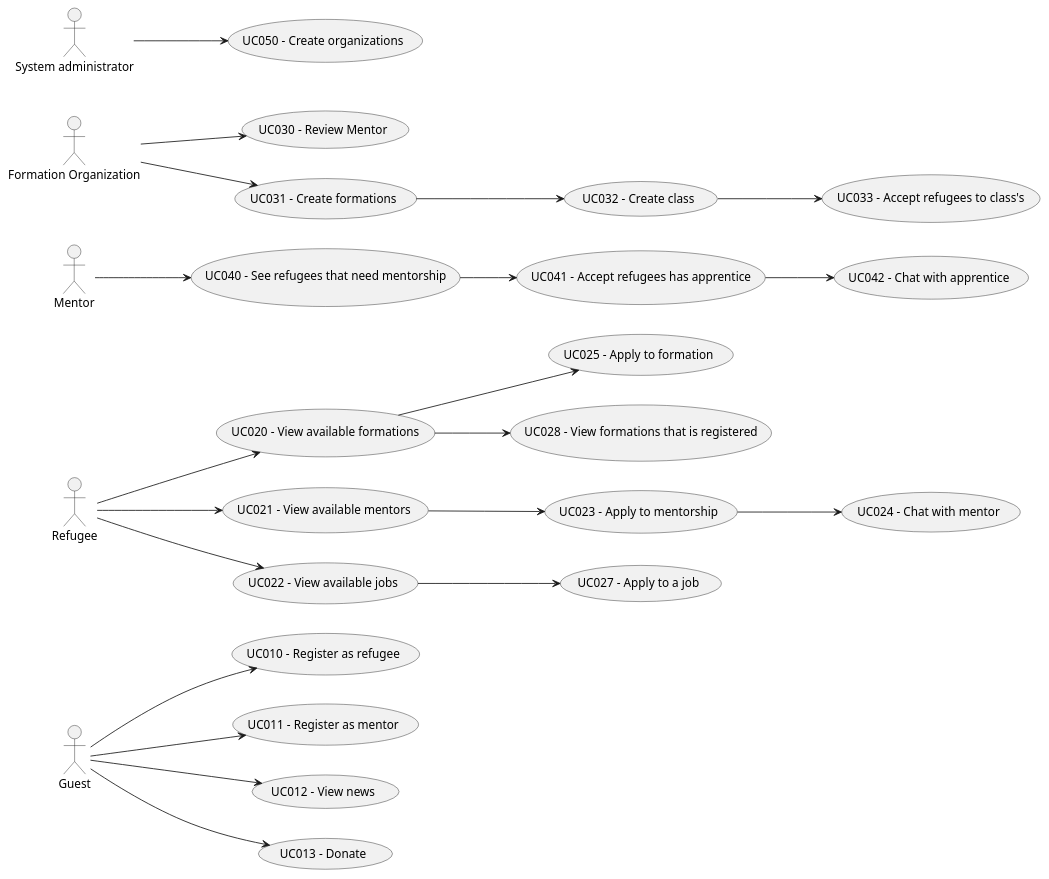
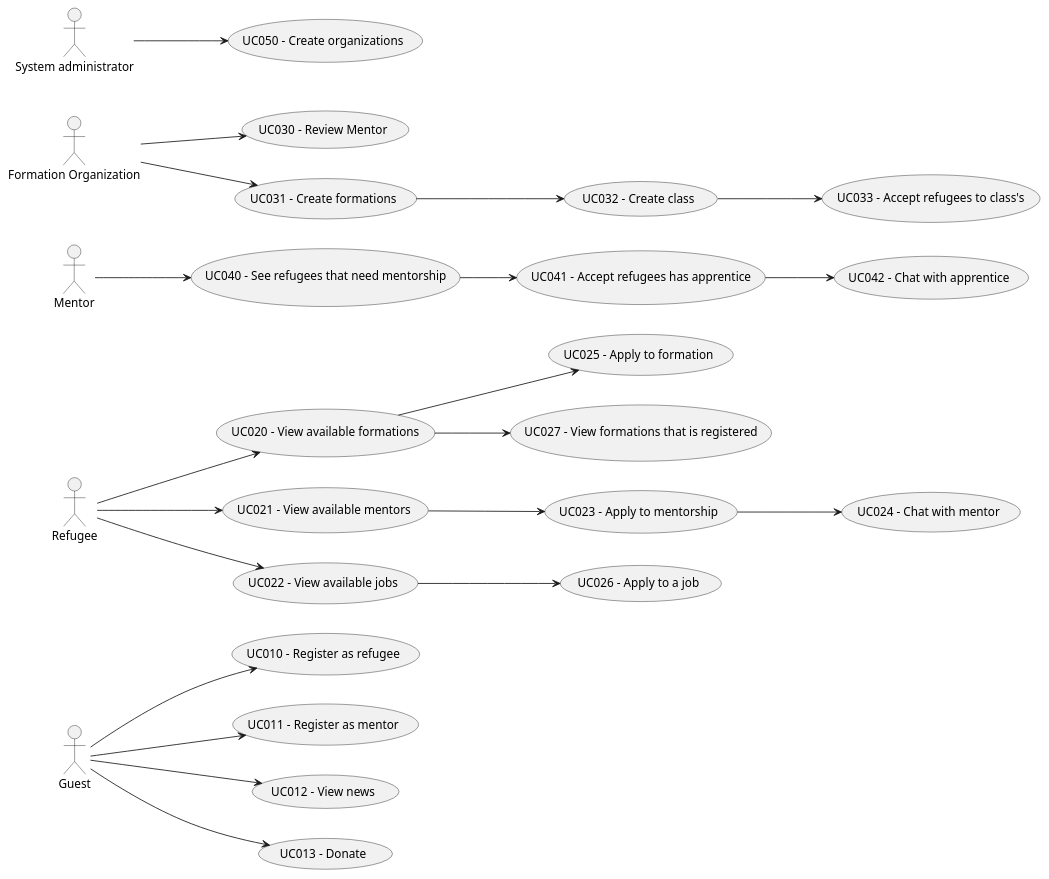
Before and after one commit to kanzodotjava/RefugeeLINK: the diagram in Doc/Requirements/puml/UseCaseDiagram.puml, drawn with PlantUML. The commit also changed 21 other files, not shown here.

```diff
--- a/Doc/Requirements/puml/UseCaseDiagram.puml
+++ b/Doc/Requirements/puml/UseCaseDiagram.puml
@@ -1,68 +1,68 @@
 @startuml
 
 left to right direction
 
 actor "Guest" as Guest
 actor "Refugee" as Refugee
 actor "Mentor" as Mentor
 actor "Formation Organization" as Org
 actor "System administrator" as Admin
 
 usecase "UC010 - Register as refugee" as UC010
 usecase "UC011 - Register as mentor" as UC011
 usecase "UC012 - View news" as UC012
 usecase "UC013 - Donate" as UC013
 
 
 usecase "UC020 - View available formations" as UC020
 usecase "UC021 - View available mentors" as UC021
 usecase "UC022 - View available jobs" as UC022
 usecase "UC023 - Apply to mentorship" as UC023
 usecase "UC024 - Chat with mentor" as UC024
 usecase "UC025 - Apply to formation" as UC025
-usecase "UC027 - Apply to a job" as UC027
-usecase "UC028 - View formations that is registered" as UC028
+usecase "UC026 - Apply to a job" as UC026
+usecase "UC027 - View formations that is registered" as UC027
 
 
 usecase "UC030 - Review Mentor" as UC030
 usecase "UC031 - Create formations" as UC031
 usecase "UC032 - Create class" as UC032
 usecase "UC033 - Accept refugees to class's" as UC033
 
 usecase "UC040 - See refugees that need mentorship" as UC040
 usecase "UC041 - Accept refugees has apprentice" as UC041
 usecase "UC042 - Chat with apprentice" as UC042
 
 usecase "UC050 - Create organizations" as UC050
 
 
 Guest --> UC010
 Guest --> UC011
 Guest --> UC012
 Guest --> UC013
 
 Refugee --> UC020
 Refugee --> UC021
 Refugee --> UC022
 
 Org --> UC030
 Org --> UC031
 
 Mentor --> UC040
 
 Admin --> UC050
 
 UC021 --> UC023
 UC023 --> UC024
 UC020 --> UC025
 UC040 --> UC041
 UC041 --> UC042
-UC022 --> UC027
+UC022 --> UC026
 UC031 --> UC032
 UC032 --> UC033
-UC020 --> UC028
+UC020 --> UC027
 
 
 
 
 @enduml
```
